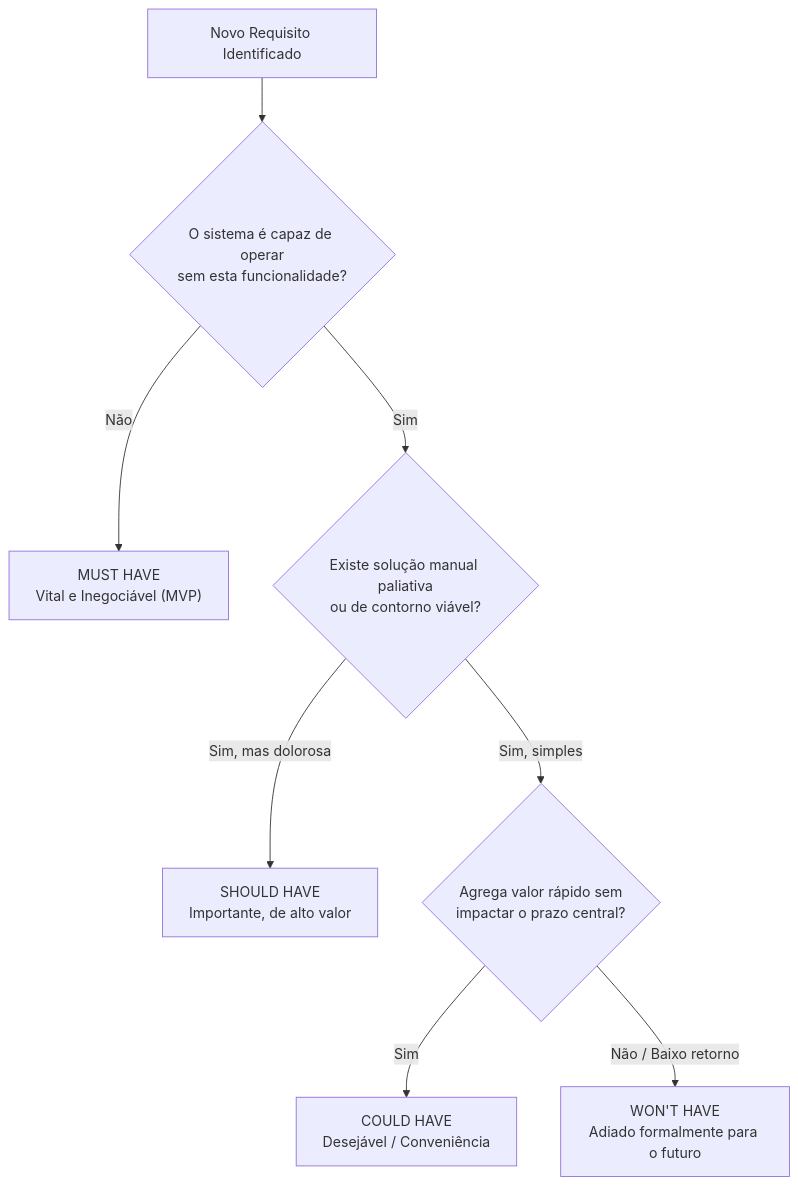
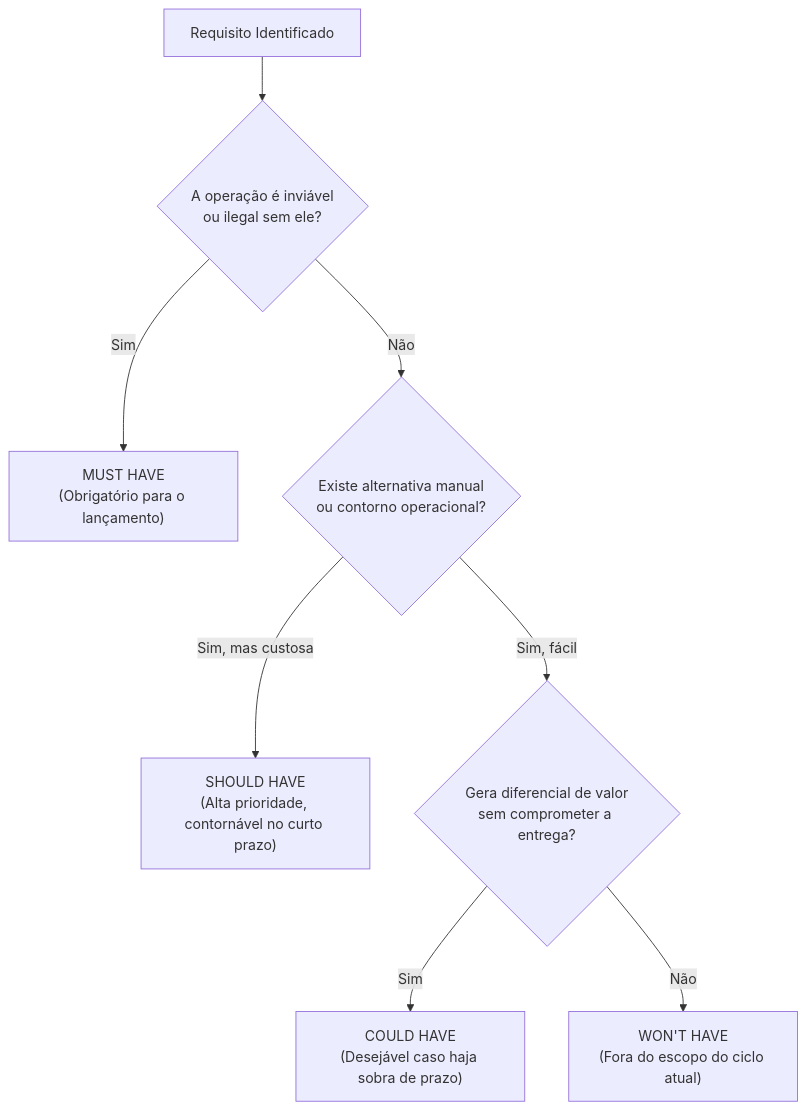
The eighth of 29 diagrams in 4º Semestre/[Prof. Wesley Soares] Engenharia de Software II/Resumos-IA/Simulados-Comentados.md (murilolol/unifef), drawn with Mermaid before and after one commit. The commit also changed other lines of this file and 40 other files, not shown here.

````diff
--- a/4º Semestre/[Prof. Wesley Soares] Engenharia de Software II/Resumos-IA/Simulados-Comentados.md
+++ b/4º Semestre/[Prof. Wesley Soares] Engenharia de Software II/Resumos-IA/Simulados-Comentados.md
@@ -535,10 +323,10 @@
 ```mermaid
 flowchart TD
- R[Novo Requisito Identificado] --> Q1{O sistema é capaz de operar<br/>sem esta funcionalidade?}
- Q1 -- Não --> M["MUST HAVE<br/>Vital e Inegociável (MVP)"]
- Q1 -- Sim --> Q2{Existe solução manual paliativa<br/>ou de contorno viável?}
- Q2 -- Sim, mas dolorosa --> S["SHOULD HAVE<br/>Importante, de alto valor"]
- Q2 -- Sim, simples --> Q3{Agrega valor rápido sem<br/>impactar o prazo central?}
- Q3 -- Sim --> C["COULD HAVE<br/>Desejável / Conveniência"]
- Q3 -- Não / Baixo retorno --> W["WON'T HAVE<br/>Adiado formalmente para o futuro"]
+ Req["Requisito Identificado"] --> CheckVital{"A operação é inviável<br>ou ilegal sem ele?"}
+ CheckVital -- "Sim" --> M["MUST HAVE<br>(Obrigatório para o lançamento)"]
+ CheckVital -- "Não" --> CheckWorkaround{"Existe alternativa manual<br>ou contorno operacional?"}
+ CheckWorkaround -- "Sim, mas custosa" --> S["SHOULD HAVE<br>(Alta prioridade, contornável no curto prazo)"]
+ CheckWorkaround -- "Sim, fácil" --> CheckValue{"Gera diferencial de valor<br>sem comprometer a entrega?"}
+ CheckValue -- "Sim" --> C["COULD HAVE<br>(Desejável caso haja sobra de prazo)"]
+ CheckValue -- "Não" --> W["WON'T HAVE<br>(Fora do escopo do ciclo atual)"]
 ```
````
